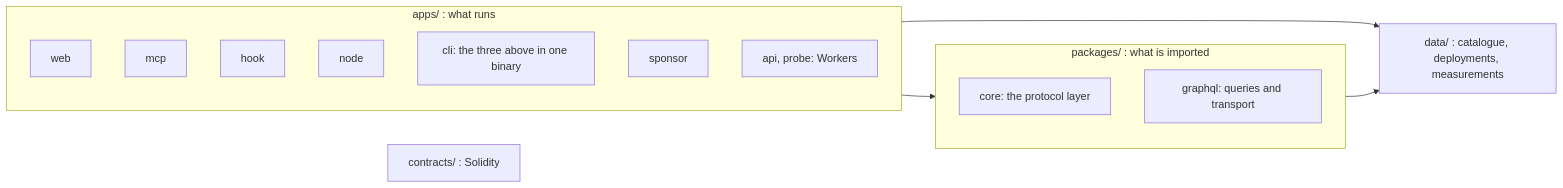
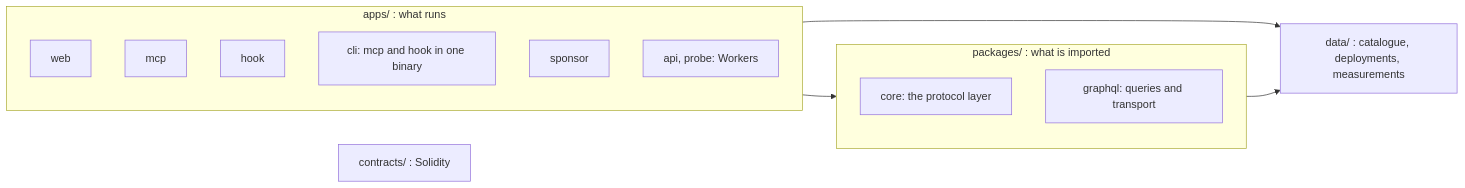
The third of 3 diagrams in apps/web/public/docs/architecture.md (intuition-box/ARP), drawn with Mermaid before and after one commit. The commit also changed other lines of this file and 179 other files, not shown here.

````diff
--- a/apps/web/public/docs/architecture.md
+++ b/apps/web/public/docs/architecture.md
@@ -104,21 +102,20 @@
 ```mermaid
 flowchart LR
     subgraph apps["apps/ : what runs"]
         a1["web"]
         a2["mcp"]
         a3["hook"]
-        a4["node"]
-        a5["cli: the three above in one binary"]
+        a5["cli: mcp and hook in one binary"]
         a6["sponsor"]
         a7["api, probe: Workers"]
     end
     subgraph packages["packages/ : what is imported"]
         p1["core: the protocol layer"]
         p2["graphql: queries and transport"]
     end
     contracts["contracts/ : Solidity"]
     data["data/ : catalogue, deployments, measurements"]
     apps --> packages
     apps --> data
     packages --> data
 ```
````
